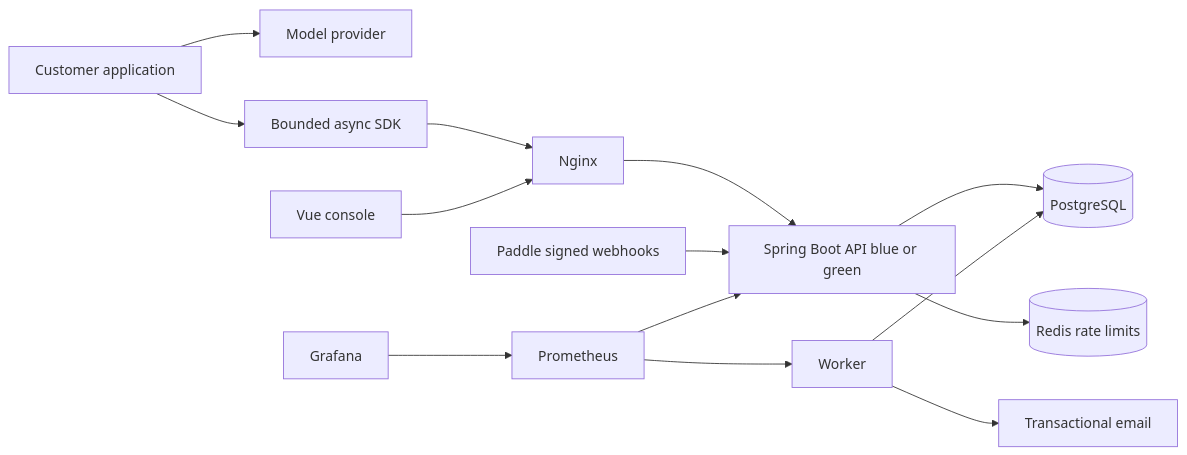
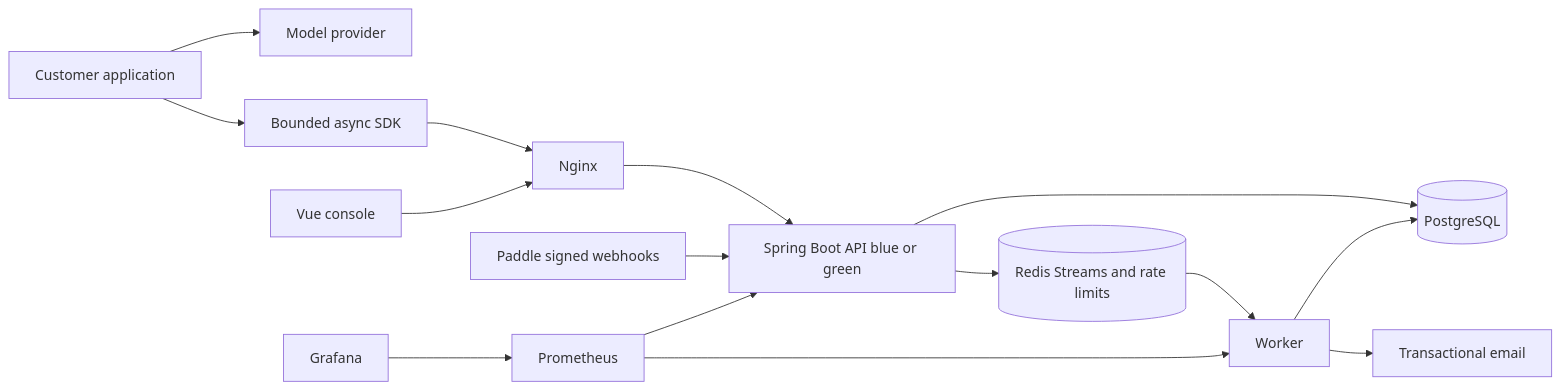
The diagram in docs/architecture.md (zhiyuan213/llm-usage-monitor), drawn with Mermaid before and after one commit. The commit also changed other lines of this file and 51 other files, not shown here.

````diff
--- a/docs/architecture.md
+++ b/docs/architecture.md
@@ -3,16 +3,17 @@
 ```mermaid
 flowchart LR
   App[Customer application] --> Model[Model provider]
   App --> SDK[Bounded async SDK]
   SDK --> Nginx[Nginx]
   Browser[Vue console] --> Nginx
   Nginx --> API[Spring Boot API blue or green]
   API --> PG[(PostgreSQL)]
-  API --> Redis[(Redis rate limits)]
+  API --> Redis[(Redis Streams and rate limits)]
+  Redis --> Worker
   Worker[Worker] --> PG
   Worker --> SMTP[Transactional email]
   Paddle[Paddle signed webhooks] --> API
   Prometheus[Prometheus] --> API
   Prometheus --> Worker
   Grafana[Grafana] --> Prometheus
 ```
````
